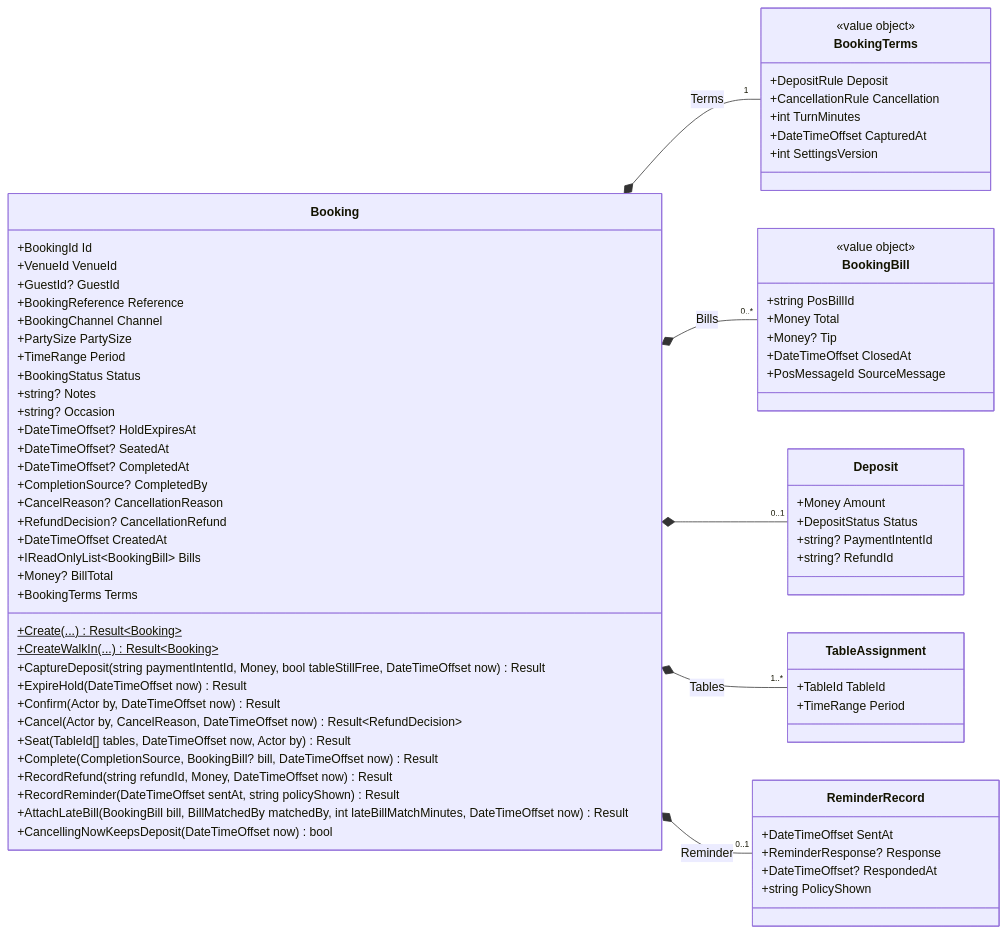
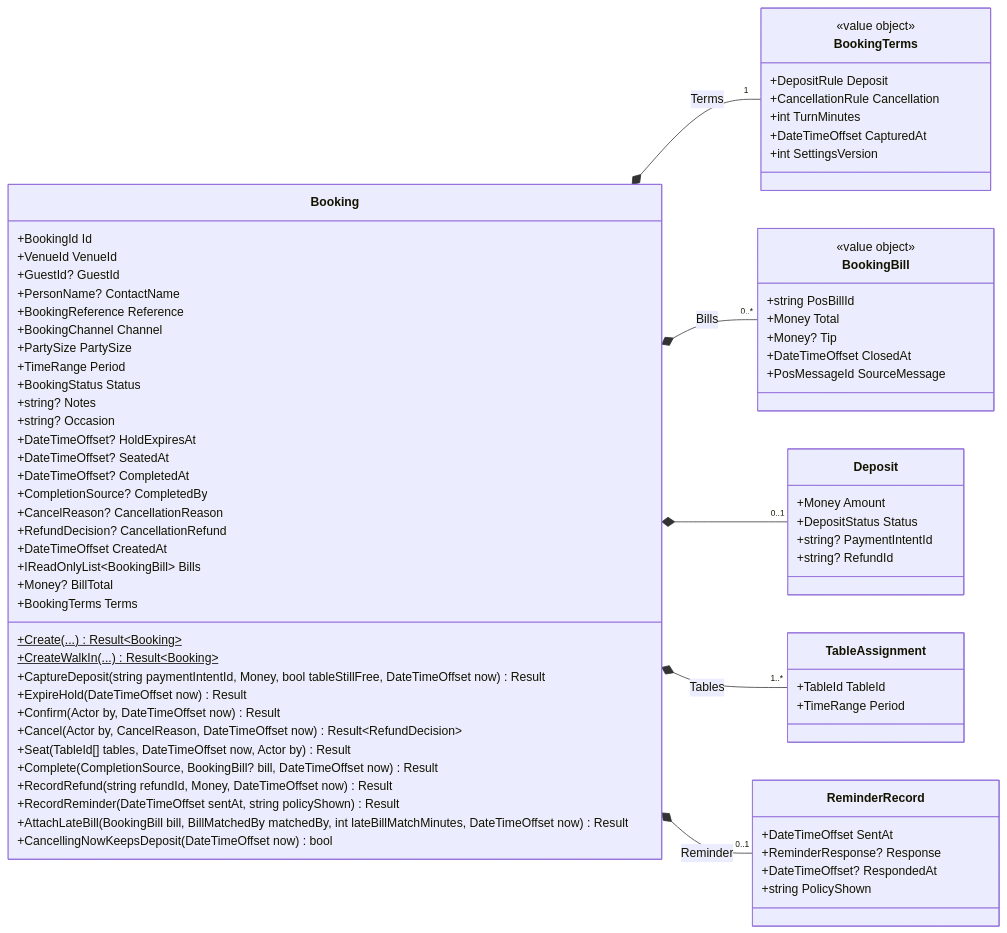
One commit to ring9834/TableReservation changed the third of 28 diagrams in docs/Design.md. Above: the diagram before and after it, drawn with Mermaid. The commit also changed other lines of this file and 91 other files, not shown here.

````diff
--- a/docs/Design.md
+++ b/docs/Design.md
@@ -217,75 +221,76 @@
 ```mermaid
 classDiagram
     direction LR
     class Booking {
         +BookingId Id
         +VenueId VenueId
         +GuestId? GuestId
+        +PersonName? ContactName
         +BookingReference Reference
         +BookingChannel Channel
         +PartySize PartySize
         +TimeRange Period
         +BookingStatus Status
         +string? Notes
         +string? Occasion
         +DateTimeOffset? HoldExpiresAt
         +DateTimeOffset? SeatedAt
         +DateTimeOffset? CompletedAt
         +CompletionSource? CompletedBy
         +CancelReason? CancellationReason
         +RefundDecision? CancellationRefund
         +DateTimeOffset CreatedAt
         +IReadOnlyList~BookingBill~ Bills
         +Money? BillTotal
         +BookingTerms Terms
         +Create(...)$ Result~Booking~
         +CreateWalkIn(...)$ Result~Booking~
         +CaptureDeposit(string paymentIntentId, Money, bool tableStillFree, DateTimeOffset now) Result
         +ExpireHold(DateTimeOffset now) Result
         +Confirm(Actor by, DateTimeOffset now) Result
         +Cancel(Actor by, CancelReason, DateTimeOffset now) Result~RefundDecision~
         +Seat(TableId[] tables, DateTimeOffset now, Actor by) Result
         +Complete(CompletionSource, BookingBill? bill, DateTimeOffset now) Result
         +RecordRefund(string refundId, Money, DateTimeOffset now) Result
         +RecordReminder(DateTimeOffset sentAt, string policyShown) Result
         +AttachLateBill(BookingBill bill, BillMatchedBy matchedBy, int lateBillMatchMinutes, DateTimeOffset now) Result
         +CancellingNowKeepsDeposit(DateTimeOffset now) bool
     }
     class Deposit {
         +Money Amount
         +DepositStatus Status
         +string? PaymentIntentId
         +string? RefundId
     }
     class TableAssignment {
         +TableId TableId
         +TimeRange Period
     }
     class ReminderRecord {
         +DateTimeOffset SentAt
         +ReminderResponse? Response
         +DateTimeOffset? RespondedAt
         +string PolicyShown
     }
     class BookingTerms {
         <<value object>>
         +DepositRule Deposit
         +CancellationRule Cancellation
         +int TurnMinutes
         +DateTimeOffset CapturedAt
         +int SettingsVersion
     }
     Booking *-- "1" BookingTerms : Terms
     class BookingBill {
         <<value object>>
         +string PosBillId
         +Money Total
         +Money? Tip
         +DateTimeOffset ClosedAt
         +PosMessageId SourceMessage
     }
     Booking *-- "0..*" BookingBill : Bills
     Booking *-- "0..1" Deposit
     Booking *-- "1..*" TableAssignment : Tables
     Booking *-- "0..1" ReminderRecord : Reminder
 ```
````
